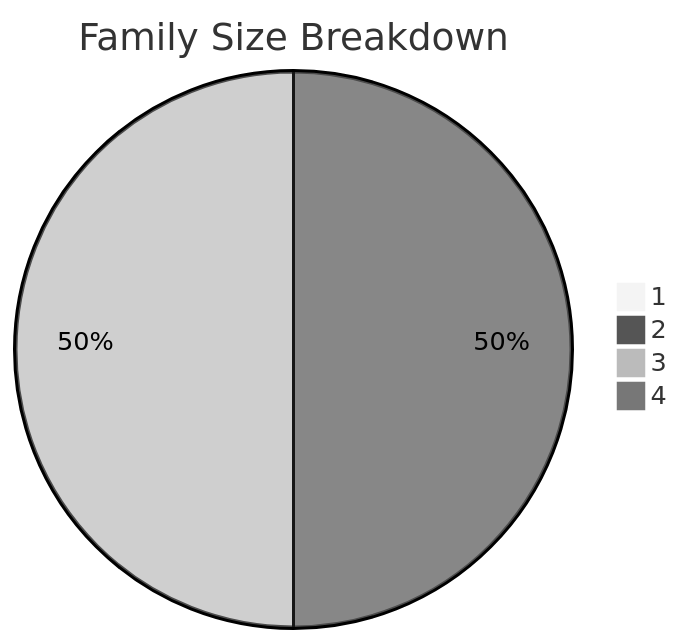
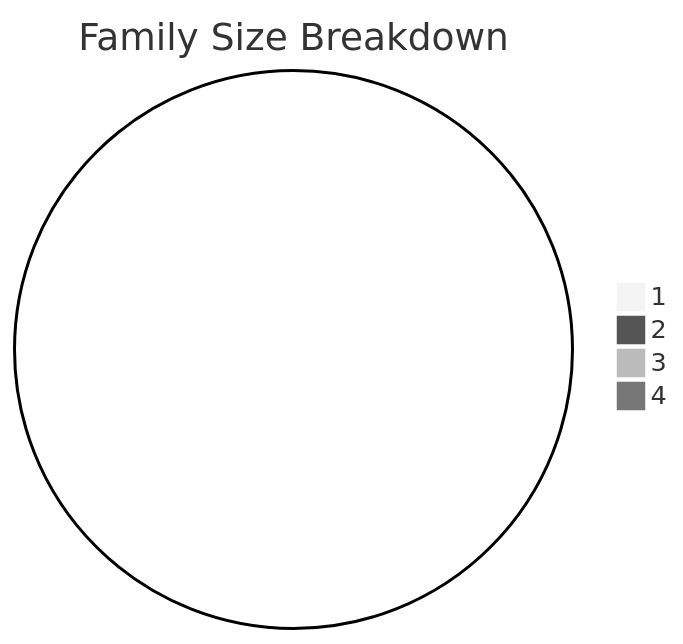
The sixth of 10 diagrams in test-tools/DataGen/src/Statistics_Visualizer.md (dhagan-va/intern-2025), drawn with Mermaid (neutral theme) before and after one commit. The commit also changed other lines of this file and 6 other files, not shown here.

````diff
--- a/test-tools/DataGen/src/Statistics_Visualizer.md
+++ b/test-tools/DataGen/src/Statistics_Visualizer.md
@@ -67,7 +67,7 @@
 ```mermaid
 pie title Family Size Breakdown
     "1" : 0
-    "2" : 1
-    "3" : 1
+    "2" : 0
+    "3" : 0
     "4" : 0
 ```
````
